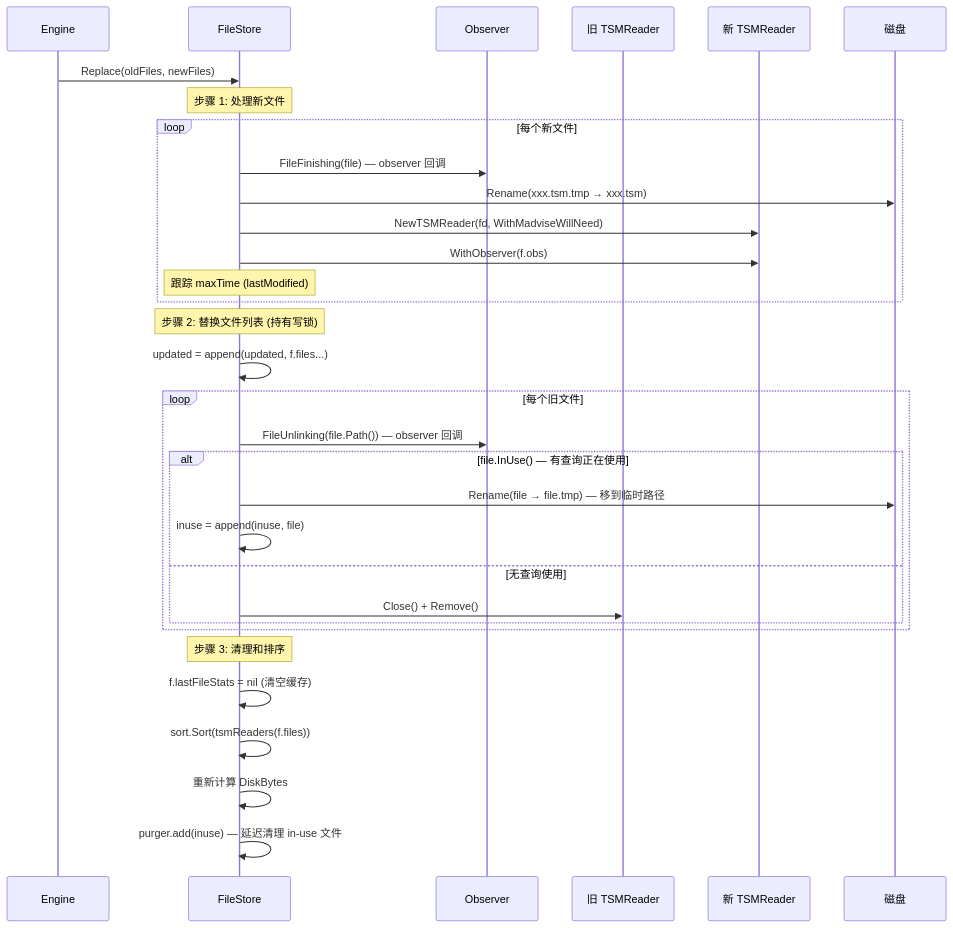
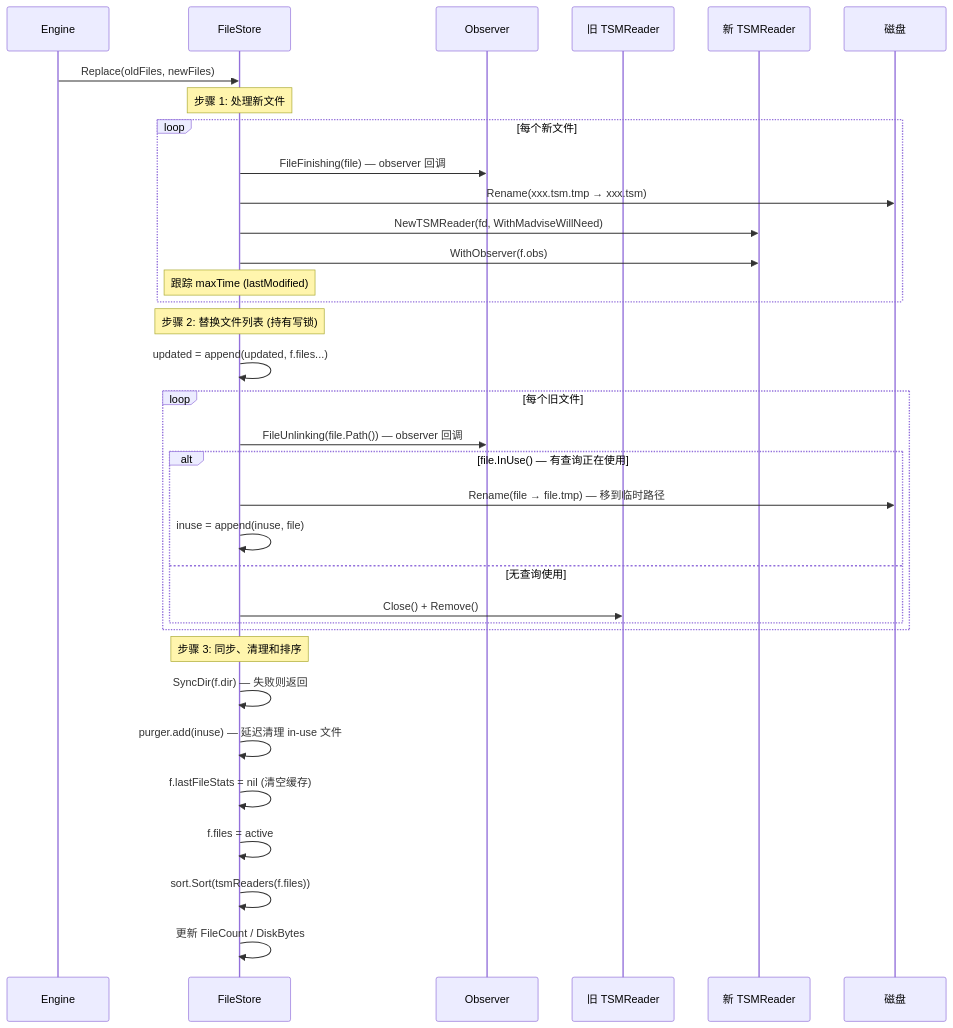
Diagram 11 of 15 in docs/specs/04_background_tasks_spec.md (stefanv5/influxdb), drawn with Mermaid before and after one commit. The commit also changed other lines of this file and 18 other files, not shown here.

````diff
--- a/docs/specs/04_background_tasks_spec.md
+++ b/docs/specs/04_background_tasks_spec.md
@@ -1827,38 +1827,40 @@
 ```mermaid
 sequenceDiagram
     participant Engine as Engine
     participant FS as FileStore
     participant Obs as Observer
     participant Old as 旧 TSMReader
     participant New as 新 TSMReader
     participant Disk as 磁盘
 
     Engine->>FS: Replace(oldFiles, newFiles)
 
     Note over FS: 步骤 1: 处理新文件
     loop 每个新文件
         FS->>Obs: FileFinishing(file) — observer 回调
         FS->>Disk: Rename(xxx.tsm.tmp → xxx.tsm)
         FS->>New: NewTSMReader(fd, WithMadviseWillNeed)
         FS->>New: WithObserver(f.obs)
         Note over FS: 跟踪 maxTime (lastModified)
     end
 
     Note over FS: 步骤 2: 替换文件列表 (持有写锁)
     FS->>FS: updated = append(updated, f.files...)
     loop 每个旧文件
         FS->>Obs: FileUnlinking(file.Path()) — observer 回调
         alt file.InUse() — 有查询正在使用
             FS->>Disk: Rename(file → file.tmp) — 移到临时路径
             FS->>FS: inuse = append(inuse, file)
         else 无查询使用
             FS->>Old: Close() + Remove()
         end
     end
 
-    Note over FS: 步骤 3: 清理和排序
+    Note over FS: 步骤 3: 同步、清理和排序
+    FS->>FS: SyncDir(f.dir) — 失败则返回
+    FS->>FS: purger.add(inuse) — 延迟清理 in-use 文件
     FS->>FS: f.lastFileStats = nil (清空缓存)
+    FS->>FS: f.files = active
     FS->>FS: sort.Sort(tsmReaders(f.files))
-    FS->>FS: 重新计算 DiskBytes
-    FS->>FS: purger.add(inuse) — 延迟清理 in-use 文件
+    FS->>FS: 更新 FileCount / DiskBytes
 ```
````
